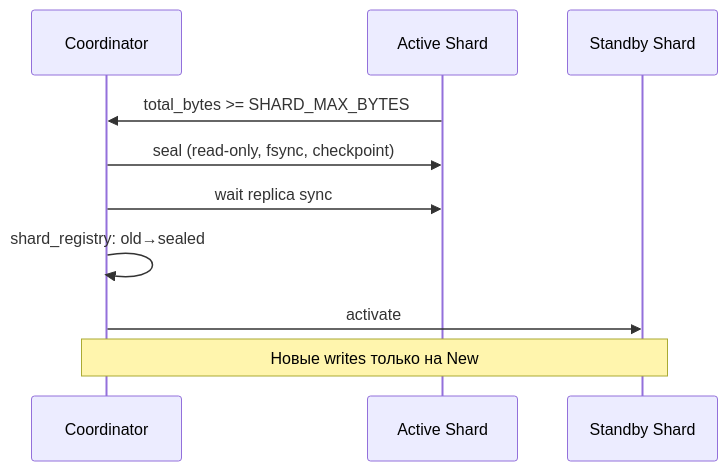
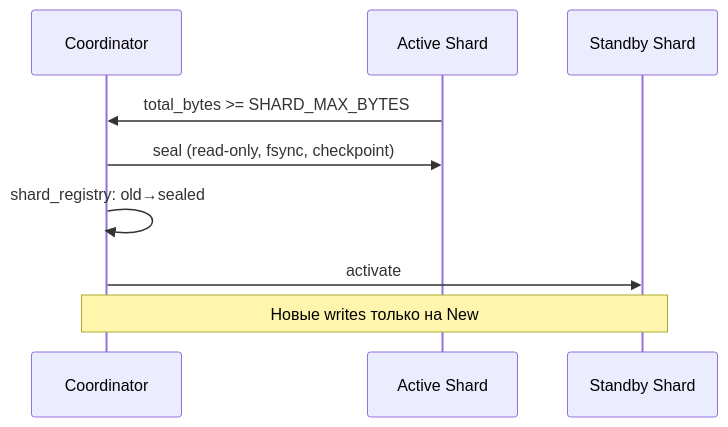
Before and after one commit to tormoz70/little-big-files: the fourth of 5 diagrams in docs/sharding-model.md, drawn with Mermaid. The commit also changed other lines of this file and 38 other files, not shown here.

````diff
--- a/docs/sharding-model.md
+++ b/docs/sharding-model.md
@@ -83,13 +81,12 @@
 ```mermaid
 sequenceDiagram
     participant Coord as Coordinator
     participant Old as Active Shard
     participant New as Standby Shard
 
     Old->>Coord: total_bytes >= SHARD_MAX_BYTES
     Coord->>Old: seal (read-only, fsync, checkpoint)
-    Coord->>Old: wait replica sync
     Coord->>Coord: shard_registry: old→sealed
     Coord->>New: activate
     Note over Coord,New: Новые writes только на New
 ```
````
